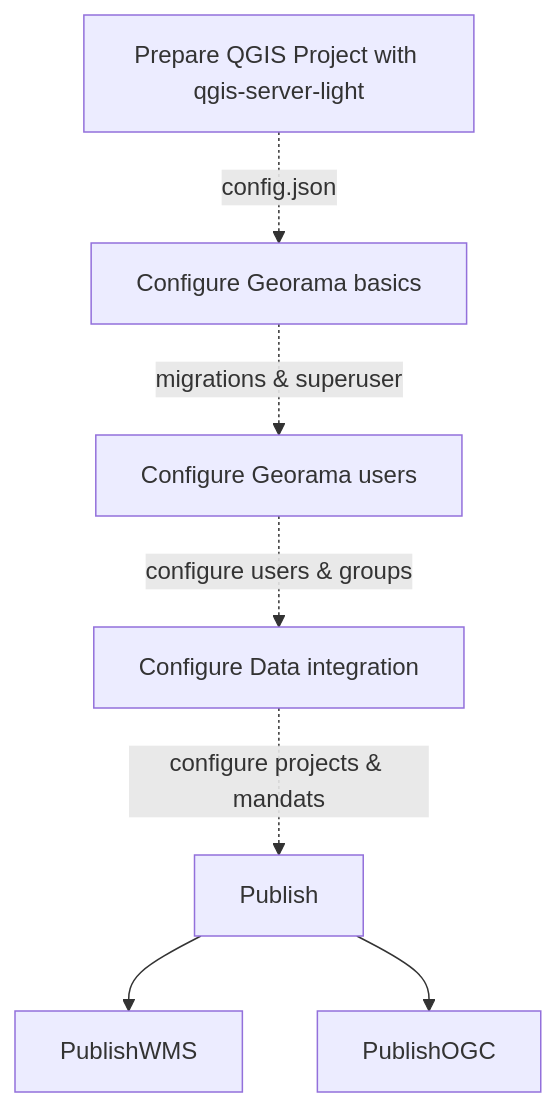
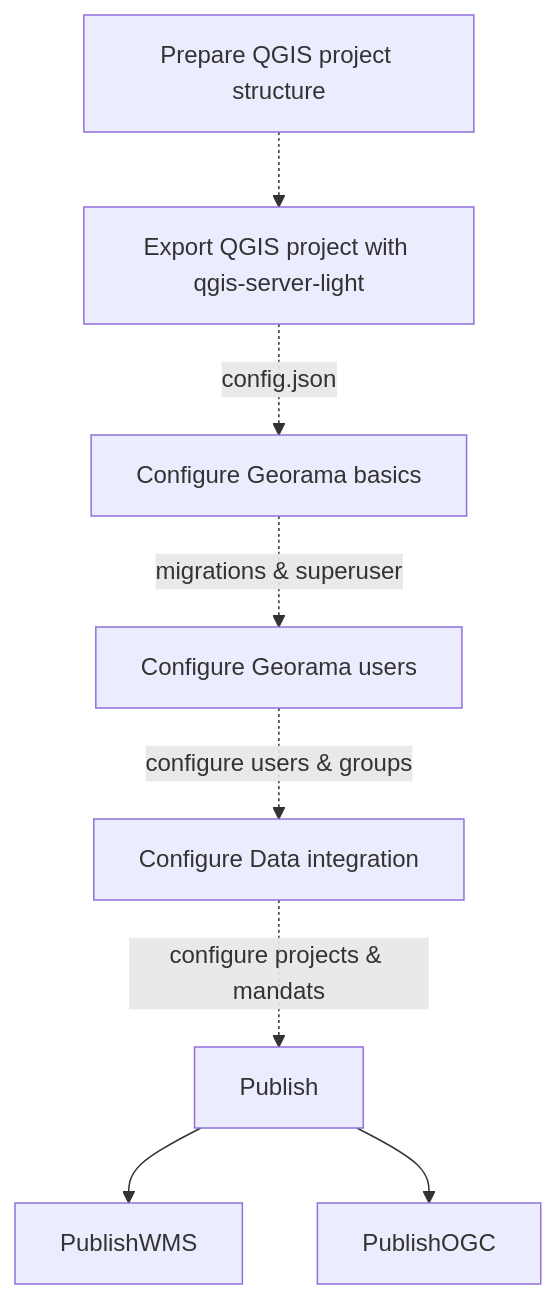
The diagram in docs/src/workflow.md (opengisch/georama), drawn with Mermaid before and after one commit. The commit also changed other lines of this file and 16 other files, not shown here.

````diff
--- a/docs/src/workflow.md
+++ b/docs/src/workflow.md
@@ -14,9 +20,10 @@
 ```mermaid
 graph TB;
-  prepareQGIS["Prepare QGIS Project with qgis-server-light"] -. "config.json" .-> configureGeorama
+  prepareQGISProjectStructure["Prepare QGIS project structure"] -.-> prepareQGIS
+  prepareQGIS["Export QGIS project with qgis-server-light"] -. "config.json" .-> configureGeorama
   configureGeorama["Configure Georama basics"] -."migrations & superuser".-> configureGeoramaUsers
   configureGeoramaUsers["Configure Georama users"] -."configure users & groups".-> configureGeoramaDataIntegration
   configureGeoramaDataIntegration["Configure Data integration"] -."configure projects & mandats".-> Publish
   Publish --> PublishWMS
   Publish --> PublishOGC
 ```
````
